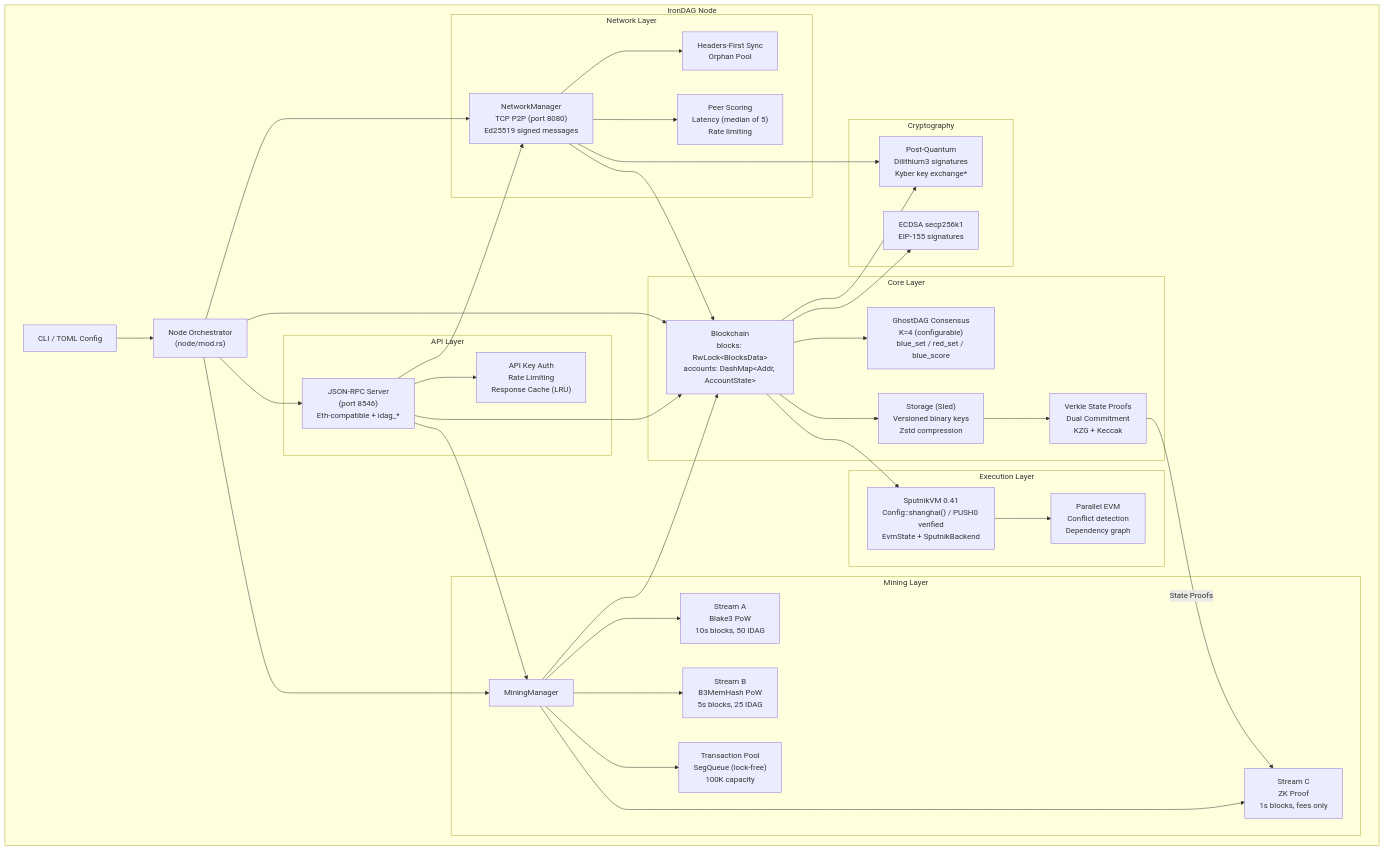
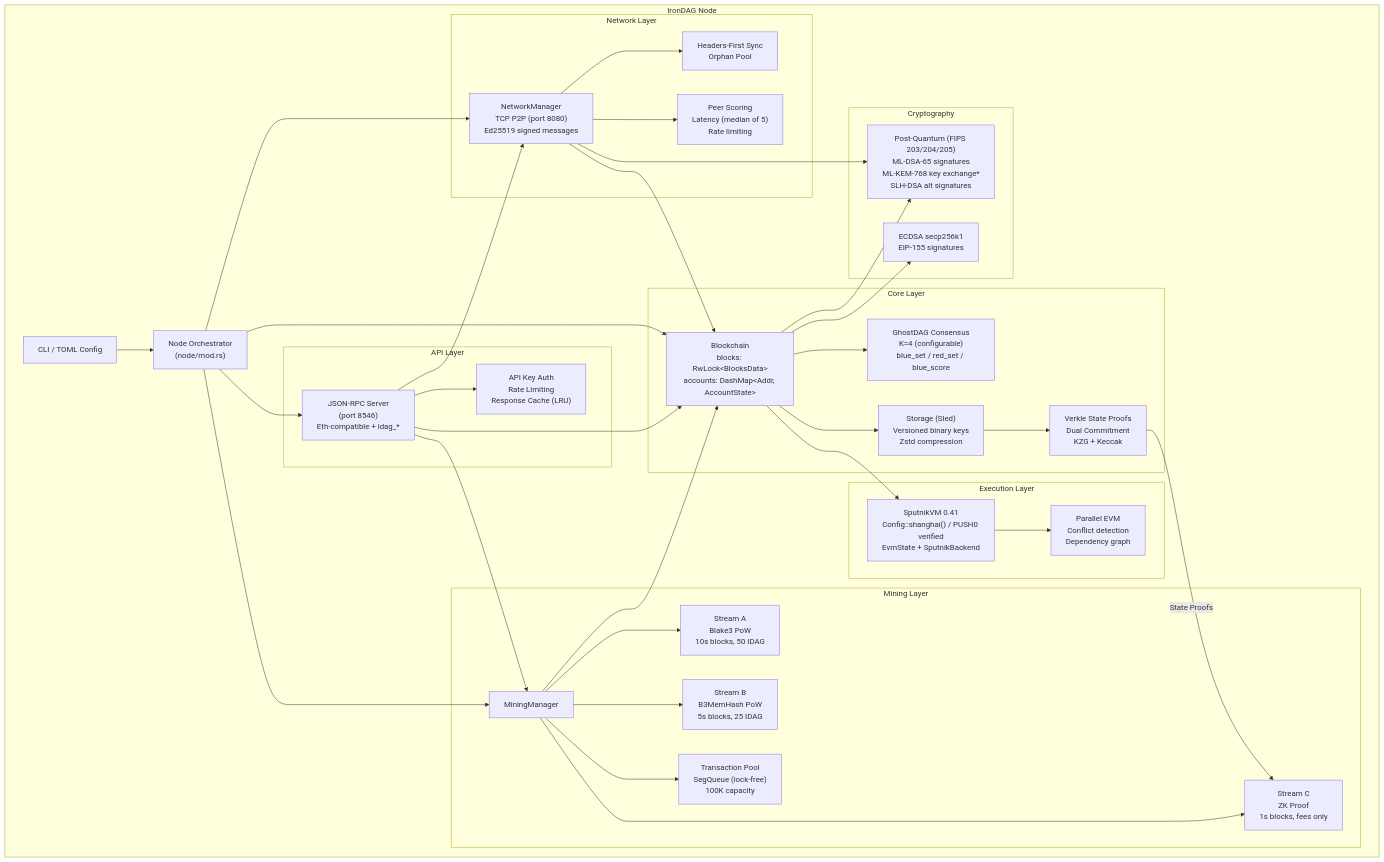
The first of 8 diagrams in irondag-blockchain/docs/ARCHITECTURE.md (RunTimeAdmin/IronDAG), drawn with Mermaid before and after one commit. The commit also changed other lines of this file and 8 other files, not shown here.

First line of the commit message:
docs: update all PQC references to FIPS 203/204/205 designations

````diff
--- a/irondag-blockchain/docs/ARCHITECTURE.md
+++ b/irondag-blockchain/docs/ARCHITECTURE.md
@@ -11,76 +11,76 @@
 ```mermaid
 graph TB
     subgraph "IronDAG Node"
         CLI["CLI / TOML Config"]
         NODE["Node Orchestrator<br/>(node/mod.rs)"]
         
         subgraph "Core Layer"
             BC["Blockchain<br/>blocks: RwLock&lt;BlocksData&gt;<br/>accounts: DashMap&lt;Addr, AccountState&gt;"]
             GHOST["GhostDAG Consensus<br/>K=4 (configurable)<br/>blue_set / red_set / blue_score"]
             STORE["Storage (Sled)<br/>Versioned binary keys<br/>Zstd compression"]
             VERKLE["Verkle State Proofs<br/>Dual Commitment<br/>KZG + Keccak"]
         end
         
         subgraph "Execution Layer"
             EVM["SputnikVM 0.41<br/>Config::shanghai() / PUSH0 verified<br/>EvmState + SputnikBackend"]
             PEVM["Parallel EVM<br/>Conflict detection<br/>Dependency graph"]
         end
         
         subgraph "Mining Layer"
             MM["MiningManager"]
             SA["Stream A<br/>Blake3 PoW<br/>10s blocks, 50 IDAG"]
             SB["Stream B<br/>B3MemHash PoW<br/>5s blocks, 25 IDAG"]
             SC["Stream C<br/>ZK Proof<br/>1s blocks, fees only"]
             POOL["Transaction Pool<br/>SegQueue (lock-free)<br/>100K capacity"]
         end
         
         subgraph "Network Layer"
             NET["NetworkManager<br/>TCP P2P (port 8080)<br/>Ed25519 signed messages"]
             SYNC["Headers-First Sync<br/>Orphan Pool"]
             PEER["Peer Scoring<br/>Latency (median of 5)<br/>Rate limiting"]
         end
         
         subgraph "API Layer"
             RPC["JSON-RPC Server<br/>(port 8546)<br/>Eth-compatible + idag_*"]
             AUTH["API Key Auth<br/>Rate Limiting<br/>Response Cache (LRU)"]
         end
         
         subgraph "Cryptography"
-            PQC["Post-Quantum<br/>Dilithium3 signatures<br/>Kyber key exchange*"]
+            PQC["Post-Quantum (FIPS 203/204/205)<br/>ML-DSA-65 signatures<br/>ML-KEM-768 key exchange*<br/>SLH-DSA alt signatures"]
             ECDSA["ECDSA secp256k1<br/>EIP-155 signatures"]
         end
     end
     
     CLI --> NODE
     NODE --> BC
     NODE --> MM
     NODE --> NET
     NODE --> RPC
     
     BC --> GHOST
     BC --> STORE
     BC --> EVM
     EVM --> PEVM
     
     STORE --> VERKLE
     VERKLE --> |"State Proofs"| SC
     
     MM --> SA
     MM --> SB
     MM --> SC
     MM --> POOL
     MM --> BC
     
     NET --> SYNC
     NET --> PEER
     NET --> BC
     
     RPC --> AUTH
     RPC --> BC
     RPC --> MM
     RPC --> NET
     
     BC --> PQC
     BC --> ECDSA
     NET --> PQC
 ```
````
